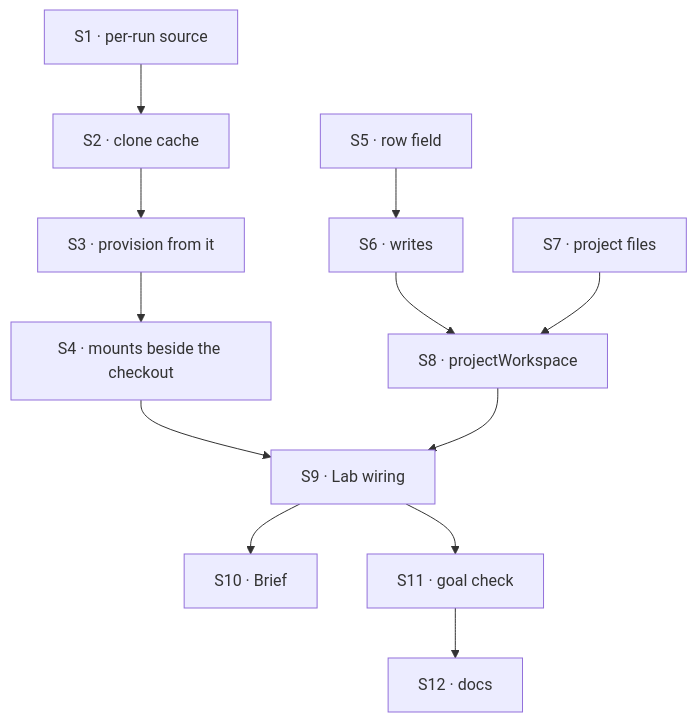
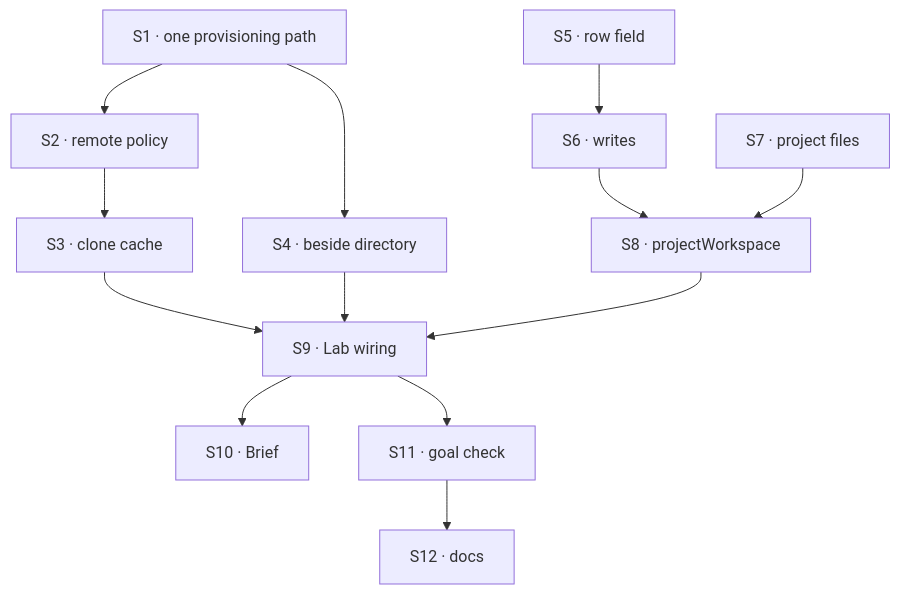
Before and after one commit to fixpoint-labs/flow-state-dev: the diagram in specs/issues/FIX-1762/PLAN.md, drawn with Mermaid. The commit also changed other lines of this file and 8 other files, not shown here.

````diff
--- a/specs/issues/FIX-1762/PLAN.md
+++ b/specs/issues/FIX-1762/PLAN.md
@@ -27,14 +29,15 @@
 ```mermaid
 flowchart TD
-  S1["S1 · per-run source"] --> S2["S2 · clone cache"]
-  S2 --> S3["S3 · provision from it"]
-  S3 --> S4["S4 · mounts beside the checkout"]
+  S1["S1 · one provisioning path"] --> S2["S2 · remote policy"]
+  S2 --> S3["S3 · clone cache"]
+  S1 --> S4["S4 · beside directory"]
   S5["S5 · row field"] --> S6["S6 · writes"]
   S6 --> S8["S8 · projectWorkspace"]
   S7["S7 · project files"] --> S8
-  S4 --> S9["S9 · Lab wiring"]
+  S3 --> S9["S9 · Lab wiring"]
+  S4 --> S9
   S8 --> S9
   S9 --> S10["S10 · Brief"]
   S9 --> S11["S11 · goal check"]
   S11 --> S12["S12 · docs"]
 ```
````
